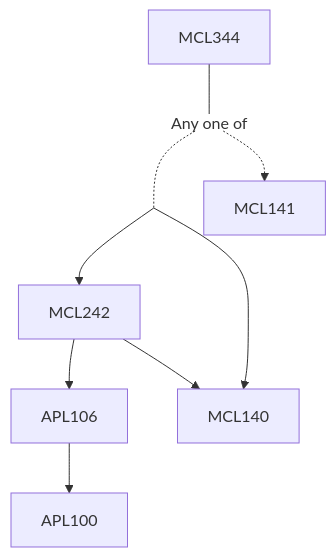
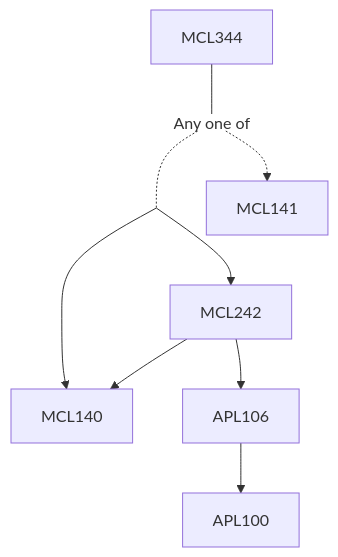
One commit to KeshavBansal0122/CoS_Website changed the diagram in content/Mechanical Engineering/MCL344.md. Above: the diagram before and after it, drawn with Mermaid. The commit also changed other lines of this file and 2662 other files, not shown here.

````diff
--- a/content/Mechanical Engineering/MCL344.md
+++ b/content/Mechanical Engineering/MCL344.md
@@ -15,15 +15,15 @@
 ```mermaid
 flowchart TD
 MCL344-1430[MCL344]
 MCL344-1430 --- Or1431[Any one of]:::empty
 Or1431 -.- and1432[ ]:::trueEmpty
-MCL242-1432 --> APL106-1432[APL106]
-MCL242-1432 --> MCL140-1432[MCL140]
-and1432 --> MCL242-1432[MCL242]
 and1432 --> MCL140-1432[MCL140]
 APL106-1432 --> APL100-1432[APL100]
+and1432 --> MCL242-1432[MCL242]
+MCL242-1432 --> MCL140-1432[MCL140]
+MCL242-1432 --> APL106-1432[APL106]
 Or1431 -.-> MCL141-1433[MCL141]
 
 classDef empty height:17px, fill:transparent, stroke:transparent;
 classDef trueEmpty height:0px, width:0px;
 ```
````
